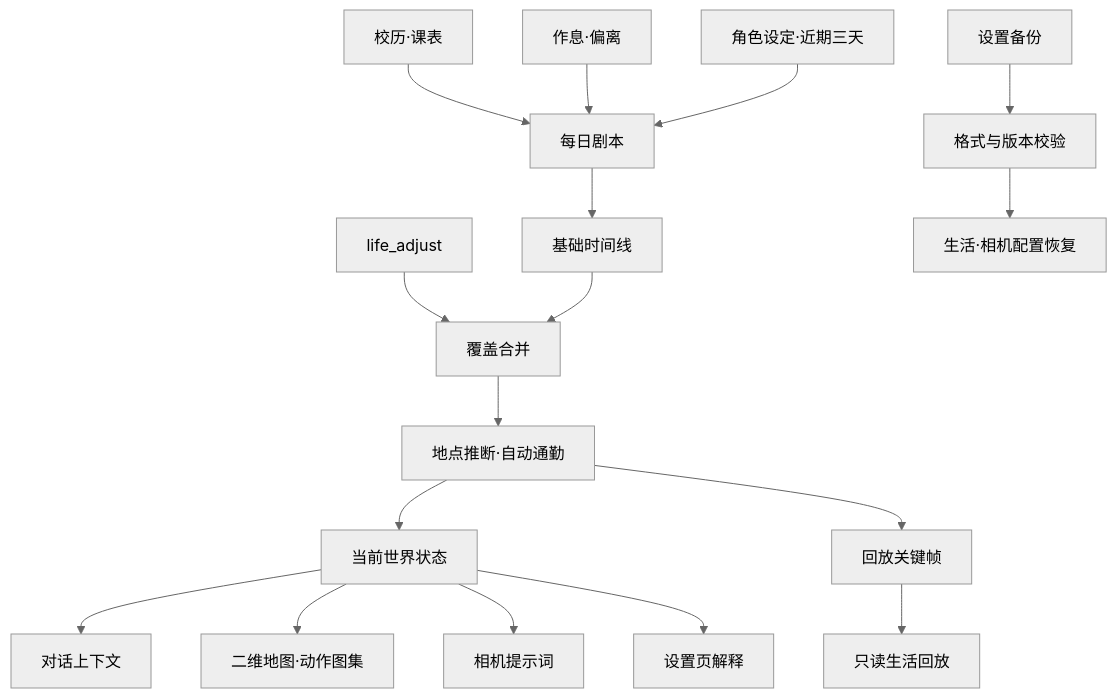
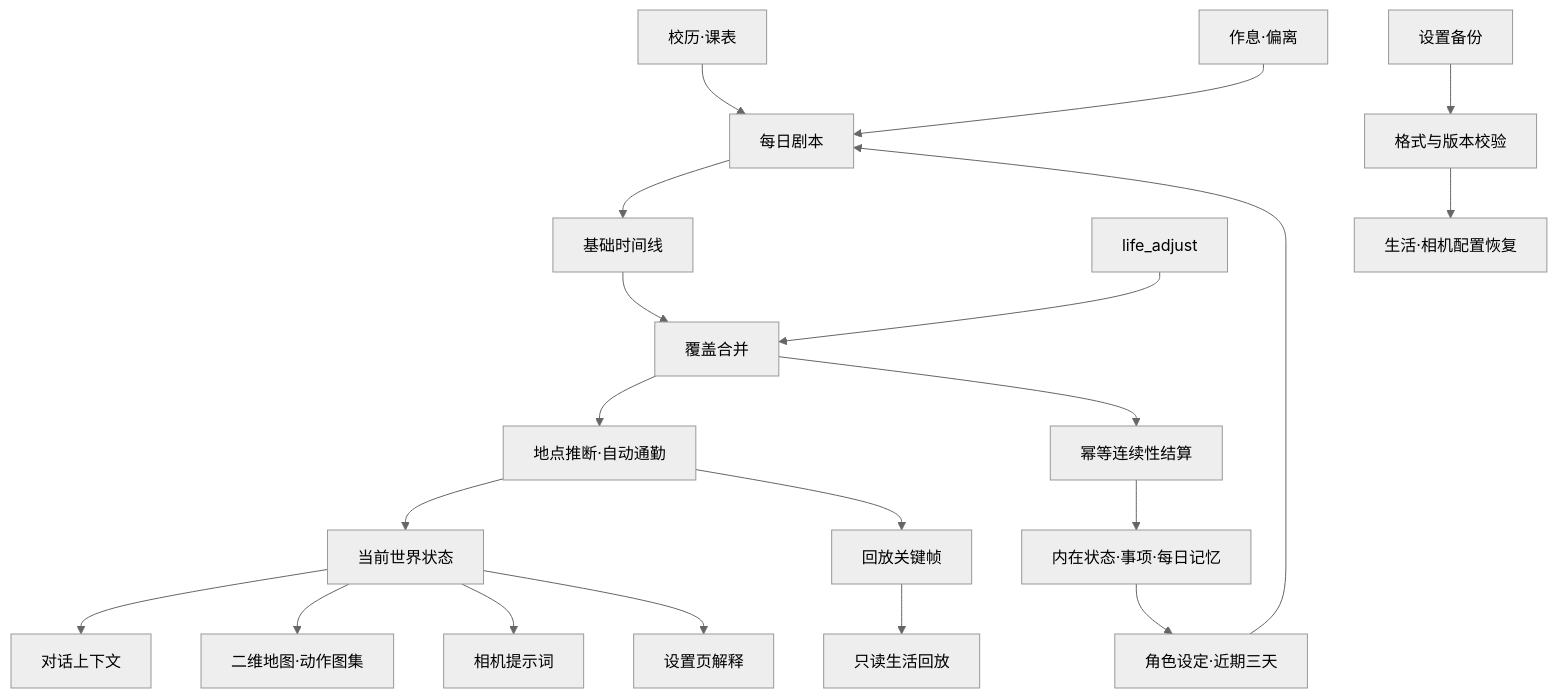
Before and after one commit to Vansnc/dsh-feiyu-life: the diagram in docs/DESIGN.md, drawn with Mermaid (neutral theme). The commit also changed other lines of this file and 15 other files, not shown here.

````diff
--- a/docs/DESIGN.md
+++ b/docs/DESIGN.md
@@ -19,19 +20,22 @@
 ```mermaid
 flowchart TD
   A[校历·课表] --> D[每日剧本]
   B[作息·偏离] --> D
   C[角色设定·近期三天] --> D
   D --> E[基础时间线]
   F[life_adjust] --> G[覆盖合并]
   E --> G
   G --> H[地点推断·自动通勤]
   H --> I[当前世界状态]
   I --> J[对话上下文]
   I --> K[二维地图·动作图集]
   I --> L[相机提示词]
   I --> M[设置页解释]
   H --> N[回放关键帧]
   N --> O[只读生活回放]
+  G --> S[幂等连续性结算]
+  S --> T[内在状态·事项·每日记忆]
+  T --> C
   P[设置备份] --> Q[格式与版本校验]
   Q --> R[生活·相机配置恢复]
 ```
````
